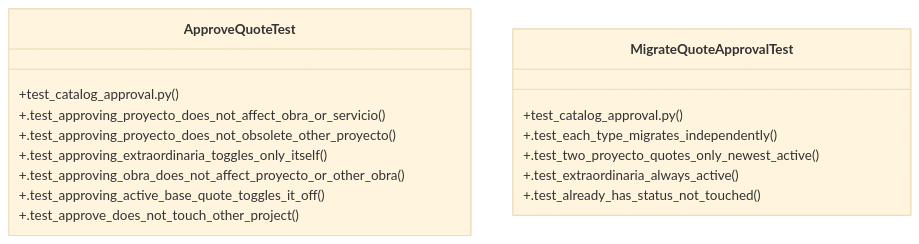
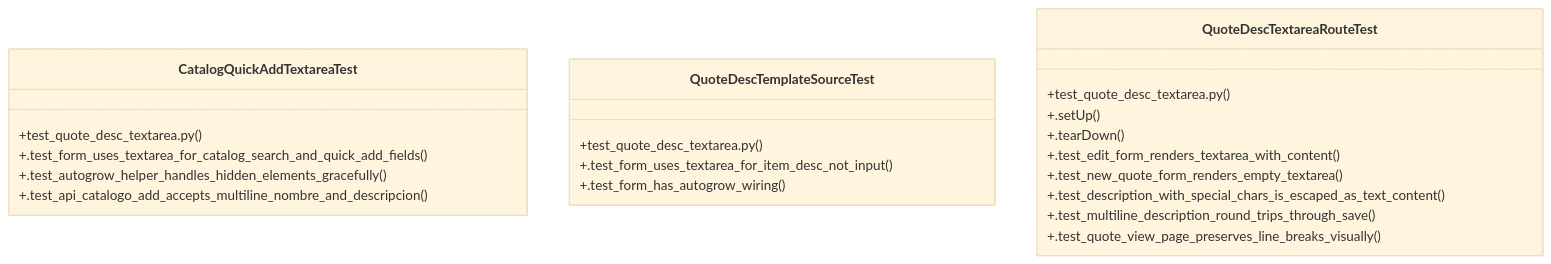
Before and after one commit to Daftrick/ProjectTracker: the diagram in graphify-out/wiki/Community_24.md, drawn with Mermaid (base theme). The commit also changed other lines of this file and 544 other files, not shown here.

````diff
--- a/graphify-out/wiki/Community_24.md
+++ b/graphify-out/wiki/Community_24.md
@@ -29,19 +25,24 @@
 ```mermaid
 classDiagram
-    class ApproveQuoteTest {
-        +test_catalog_approval.py()
-        +.test_approving_proyecto_does_not_affect_obra_or_servicio()
-        +.test_approving_proyecto_does_not_obsolete_other_proyecto()
-        +.test_approving_extraordinaria_toggles_only_itself()
-        +.test_approving_obra_does_not_affect_proyecto_or_other_obra()
-        +.test_approving_active_base_quote_toggles_it_off()
-        +.test_approve_does_not_touch_other_project()
+    class CatalogQuickAddTextareaTest {
+        +test_quote_desc_textarea.py()
+        +.test_form_uses_textarea_for_catalog_search_and_quick_add_fields()
+        +.test_autogrow_helper_handles_hidden_elements_gracefully()
+        +.test_api_catalogo_add_accepts_multiline_nombre_and_descripcion()
     }
-    class MigrateQuoteApprovalTest {
-        +test_catalog_approval.py()
-        +.test_each_type_migrates_independently()
-        +.test_two_proyecto_quotes_only_newest_active()
-        +.test_extraordinaria_always_active()
-        +.test_already_has_status_not_touched()
+    class QuoteDescTemplateSourceTest {
+        +test_quote_desc_textarea.py()
+        +.test_form_uses_textarea_for_item_desc_not_input()
+        +.test_form_has_autogrow_wiring()
+    }
+    class QuoteDescTextareaRouteTest {
+        +test_quote_desc_textarea.py()
+        +.setUp()
+        +.tearDown()
+        +.test_edit_form_renders_textarea_with_content()
+        +.test_new_quote_form_renders_empty_textarea()
+        +.test_description_with_special_chars_is_escaped_as_text_content()
+        +.test_multiline_description_round_trips_through_save()
+        +.test_quote_view_page_preserves_line_breaks_visually()
     }
 ```
````
